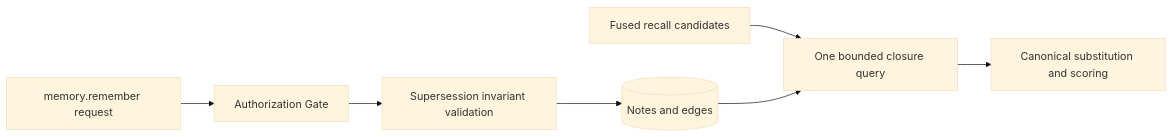
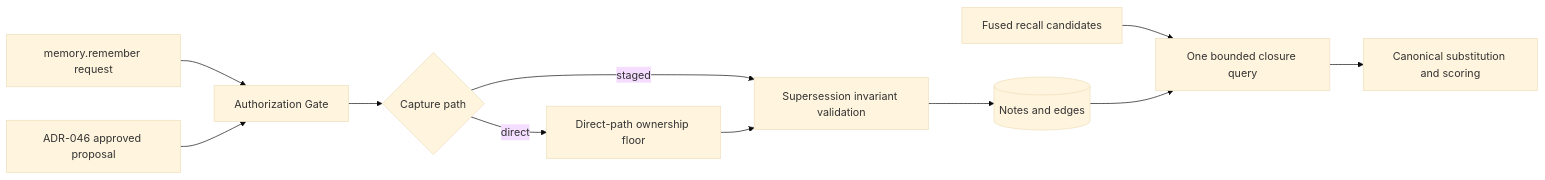
One commit to ohdearquant/khive changed the first of 2 diagrams in docs/adr/ADR-157-supersession-chain-canonicalization.md. Above: the diagram before and after it, drawn with Mermaid (base theme). The commit also changed other lines of this file, not shown here.

Commit message:
docs(adr): ownership-bound direct supersession with staged review escape, cross-namespace edges inert to serving (ADR-157)

````diff
--- a/docs/adr/ADR-157-supersession-chain-canonicalization.md
+++ b/docs/adr/ADR-157-supersession-chain-canonicalization.md
@@ -64,9 +67,13 @@
 ```mermaid
 flowchart LR
   W["memory.remember request"] --> G["Authorization Gate"]
-  G --> V["Supersession invariant validation"]
+  P["ADR-046 approved proposal"] --> G
+  G --> D{"Capture path"}
+  D -->|direct| O["Direct-path ownership floor"]
+  D -->|staged| V
+  O --> V["Supersession invariant validation"]
   V --> S[("Notes and edges")]
   R["Fused recall candidates"] --> C["One bounded closure query"]
   S --> C
   C --> Q["Canonical substitution and scoring"]
 ```
````
